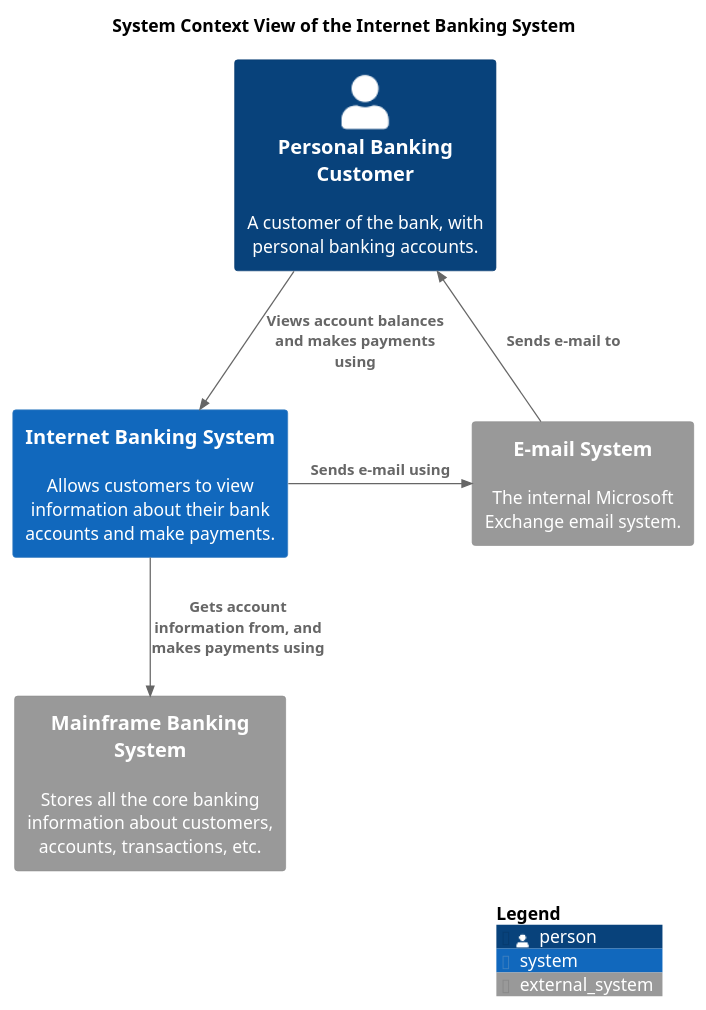
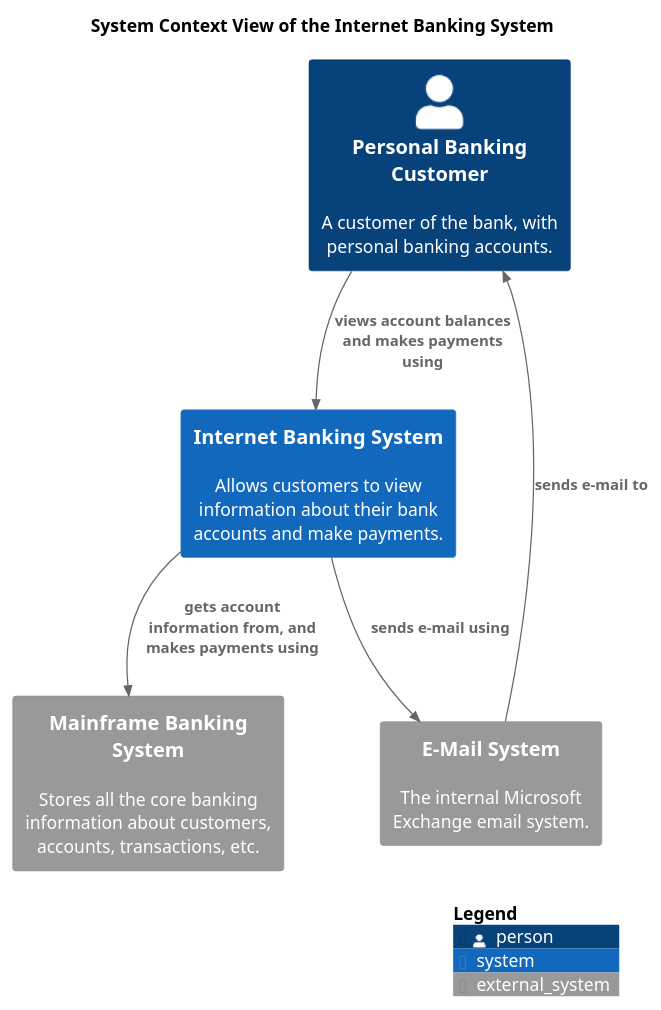
The diagram in README.md (soulspace-org/overarch), drawn with PlantUML before and after one commit. The commit also changed other lines of this file and 2 other files, not shown here.

````diff
--- a/README.md
+++ b/README.md
@@ -214,19 +188,16 @@
 ```plantuml
-@startuml banking_systemContextView
-!include https://raw.githubusercontent.com/plantuml-stdlib/C4-PlantUML/master/C4_Context.puml
+@startuml context-view
+!include <C4/C4_Context.puml>
 
 title System Context View of the Internet Banking System
-
+System_Ext(banking_mainframe_mainframeBankingSystem, "Mainframe Banking System", $descr="Stores all the core banking information about customers, accounts, transactions, etc.")
+System(banking_internetBanking_internetBankingSystem, "Internet Banking System", $descr="Allows customers to view information about their bank accounts and make payments.")
+System_Ext(banking_email_emailSystem, "E-Mail System", $descr="The internal Microsoft Exchange email system.")
 Person(banking_personalCustomer, "Personal Banking Customer", $descr="A customer of the bank, with personal banking accounts.")
-System_Ext(banking_emailSystem, "E-mail System", $descr="The internal Microsoft Exchange email system.")
-System_Ext(banking_mainframeBankingSystem, "Mainframe Banking System", $descr="Stores all the core banking information about customers, accounts, transactions, etc.")
-System(banking_internetBankingSystem, "Internet Banking System", $descr="Allows customers to view information about their bank accounts and make payments.")
-
-Rel_Down(banking_personalCustomer, banking_internetBankingSystem, "Views account balances and makes payments using")
-Rel_Right(banking_internetBankingSystem, banking_emailSystem, "Sends e-mail using")
-Rel(banking_internetBankingSystem, banking_mainframeBankingSystem, "Gets account information from, and makes payments using")
-Rel_Up(banking_emailSystem, banking_personalCustomer, "Sends e-mail to")
-
+Rel(banking_internetBanking_internetBankingSystem, banking_mainframe_mainframeBankingSystem, "gets account information from, and makes payments using")
+Rel(banking_internetBanking_internetBankingSystem, banking_email_emailSystem, "sends e-mail using")
+Rel(banking_personalCustomer, banking_internetBanking_internetBankingSystem, "views account balances and makes payments using")
+Rel_U(banking_email_emailSystem, banking_personalCustomer, "sends e-mail to")
 SHOW_LEGEND()
 @enduml
 ```
````
